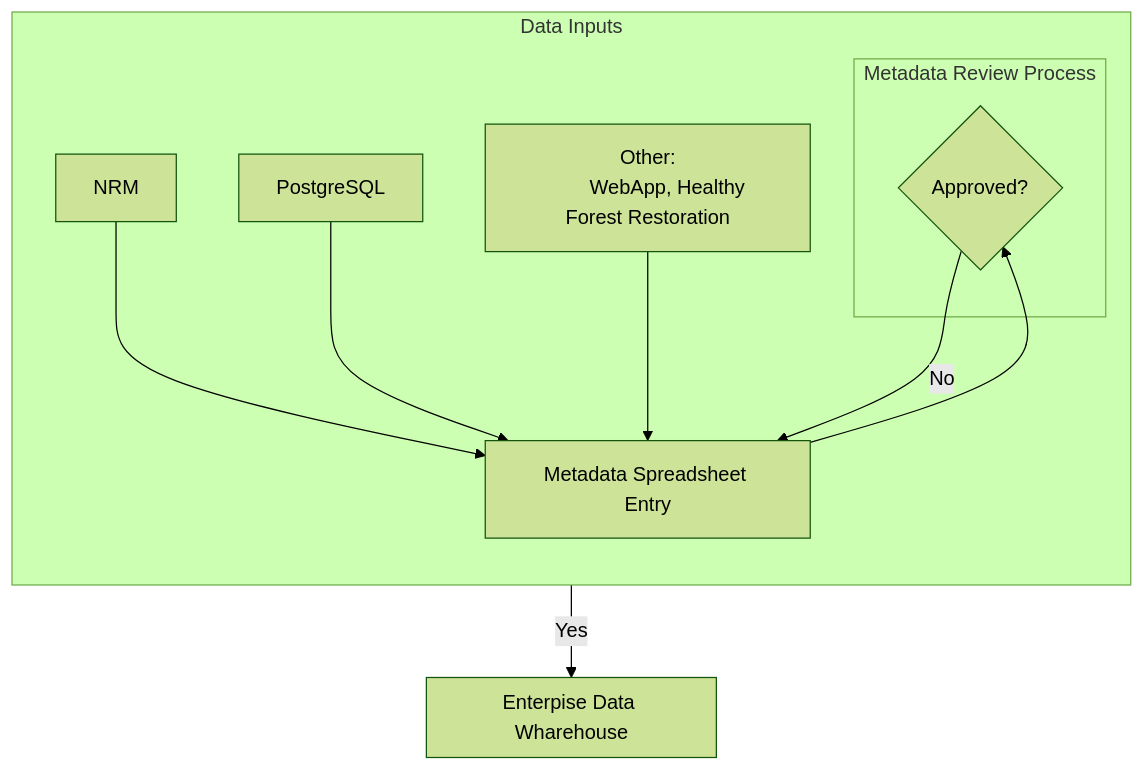
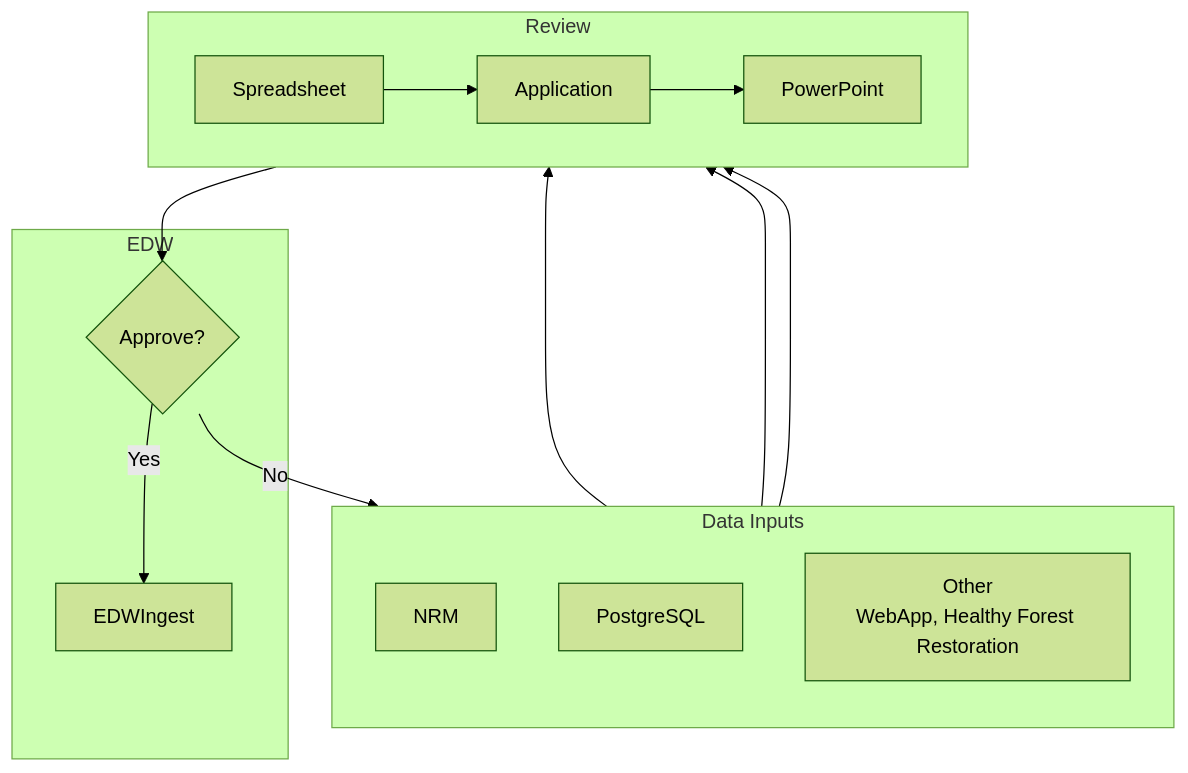
The diagram in docs/metadata-architecture.md (forestbytes/catalog), drawn with Mermaid (forest theme) before and after one commit.

Commit message:
I like this better

````diff
--- a/docs/metadata-architecture.md
+++ b/docs/metadata-architecture.md
@@ -1,25 +1,28 @@
 ```mermaid
 
 flowchart
-subgraph DataInputs[Data Inputs]
+  subgraph Inputs[Data Inputs]
       direction TB
-      NRM --> MetadataSpreadsheetEntry[Metadata Spreadsheet Entry]
-      PostgreSQL --> MetadataSpreadsheetEntry
-      Other[
-        Other:
-        WebApp, Healthy Forest Restoration
-      ] --> MetadataSpreadsheetEntry
-      MetadataSpreadsheetEntry
-
-      subgraph Review[Metadata Review Process]
-        ReviewDecision{Approved?}
-      end
+      NRM
+      PostgreSQL
+      Other[Other<br>WebApp, Healthy Forest Restoration]     
   end
 
-  subgraph EDW[Enterpise Data Wharehouse]
+  subgraph Review
+    direction LR
+    Spreadsheet --> Application --> PowerPoint
   end
-  
-  ReviewDecision --> |Yes| EDW
-  ReviewDecision --> |No| MetadataSpreadsheetEntry
-  MetadataSpreadsheetEntry --> ReviewDecision
+
+  NRM --> Spreadsheet
+  PostgreSQL --> Spreadsheet
+  Other --> Spreadsheet
+
+  subgraph EDW
+    Approve{Approve?}
+    EDWIngest
+  end
+
+  PowerPoint --> Approve
+  Approve --> |Yes| EDWIngest
+  Approve --> |No| Inputs
 ```
````
